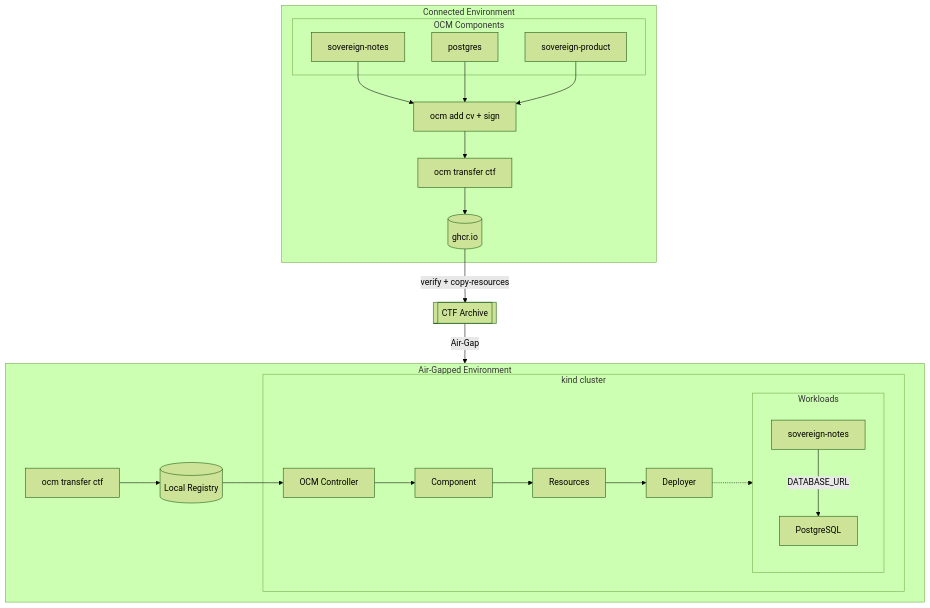
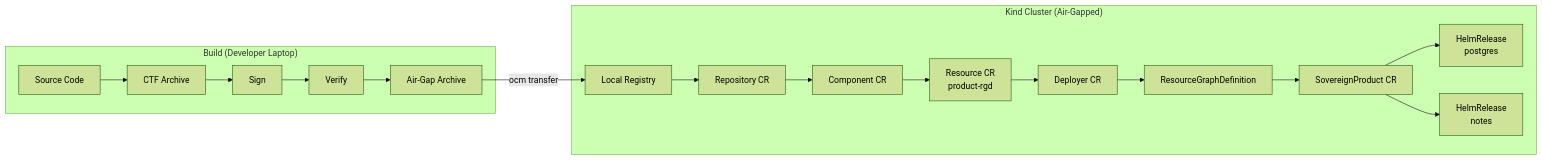
Before and after one commit to open-component-model/open-component-model: the first of 4 diagrams in docs/adr/0013_sovereign_cloud_reference_scenario.md, drawn with Mermaid (forest theme). The commit also changed other lines of this file and 8 other files, not shown here.

````diff
--- a/docs/adr/0013_sovereign_cloud_reference_scenario.md
+++ b/docs/adr/0013_sovereign_cloud_reference_scenario.md
@@ -225,44 +112,23 @@
 ```mermaid
-flowchart TB
-    subgraph connected["Connected Environment"]
-        subgraph components["OCM Components"]
-            notes[sovereign-notes]
-            postgres[postgres]
-            product[sovereign-product]
-        end
-
-        notes --> build
-        postgres --> build
-        product --> build
-
-        build[ocm add cv + sign]
-        build --> push[ocm transfer ctf]
-        push --> ghcr[(ghcr.io)]
+flowchart LR
+    subgraph Build ["Build (Developer Laptop)"]
+        SRC[Source Code] --> CTF[CTF Archive]
+        CTF --> SIGN[Sign]
+        SIGN --> VERIFY[Verify]
+        VERIFY --> AIRGAP[Air-Gap Archive]
     end
 
-    ghcr -->|verify + copy-resources| ctf
-
-    ctf[[CTF Archive]]
-
-    ctf -->|Air-Gap| airgap
-
-    subgraph airgap["Air-Gapped Environment"]
-        transfer[ocm transfer ctf]
-        transfer --> registry[(Local Registry)]
-
-        subgraph kind["kind cluster"]
-            controller[OCM Controller]
-            controller --> comp[Component]
-            comp --> res[Resources]
-            res --> deployer[Deployer]
-
-            subgraph workloads["Workloads"]
-                notes_deploy[sovereign-notes] -->|DATABASE_URL| pg_sts[PostgreSQL]
-            end
-        end
-
-        registry --> controller
+    subgraph Cluster ["Kind Cluster (Air-Gapped)"]
+        REG[Local Registry]
+        REPO[Repository CR] --> COMP[Component CR]
+        COMP --> RES_RGD[Resource CR<br/>product-rgd]
+        RES_RGD --> DEPLOYER[Deployer CR]
+        DEPLOYER --> RGD[ResourceGraphDefinition]
+        RGD --> INSTANCE[SovereignProduct CR]
+        INSTANCE --> PG_HR[HelmRelease<br/>postgres]
+        INSTANCE --> NOTES_HR[HelmRelease<br/>notes]
     end
 
-    deployer -.-> workloads
+    AIRGAP -->|"ocm transfer"| REG
+    REG --> REPO
 ```
````
